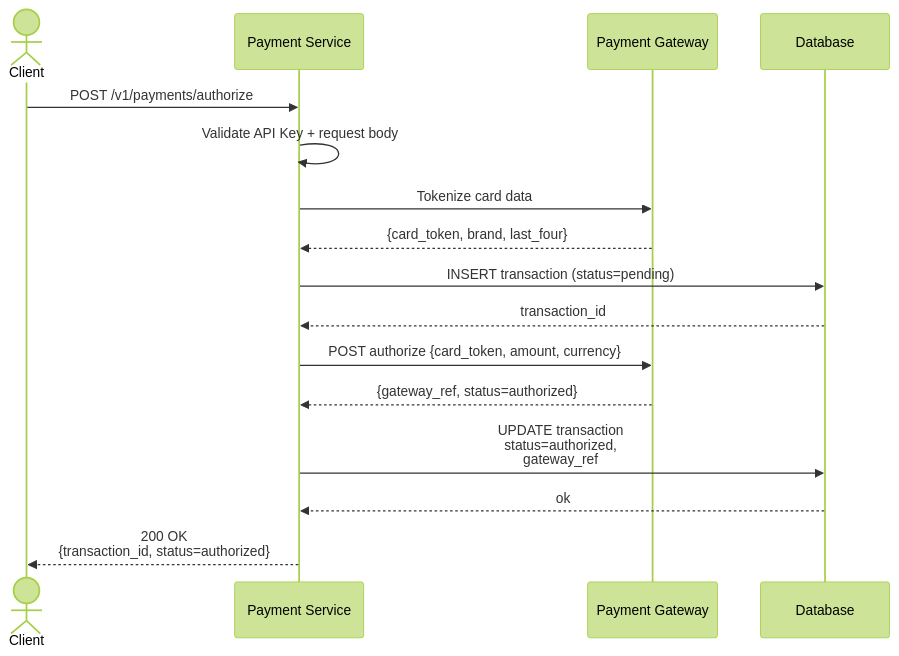
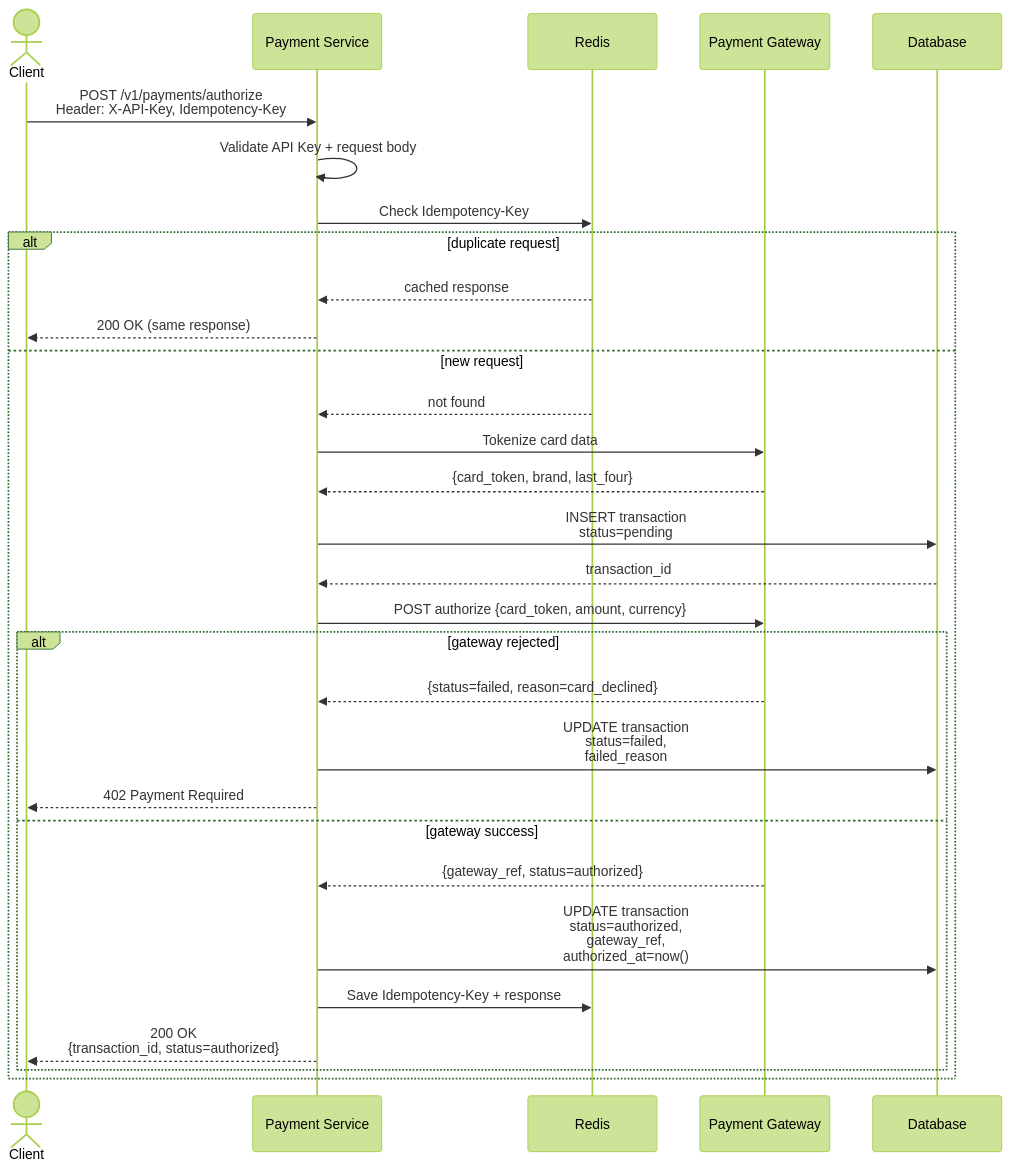
Before and after one commit to Noppawat3939/card-payment-service: the fifth of 7 diagrams in readme.md, drawn with Mermaid (forest theme). The commit also changed other lines of this file and 1 other file, not shown here.

Commit message:
[DOC]: update README flow

````diff
--- a/readme.md
+++ b/readme.md
@@ -448,23 +448,38 @@
 ```mermaid
 sequenceDiagram
     actor C as Client
     participant S as Payment Service
+    participant R as Redis
     participant GW as Payment Gateway
     participant DB as Database
 
-    C->>S: POST /v1/payments/authorize
+    C->>S: POST /v1/payments/authorize<br/>Header: X-API-Key, Idempotency-Key
     S->>S: Validate API Key + request body
-    S->>GW: Tokenize card data
-    GW-->>S: {card_token, brand, last_four}
+    S->>R: Check Idempotency-Key
 
-    S->>DB: INSERT transaction (status=pending)
-    DB-->>S: transaction_id
+    alt duplicate request
+        R-->>S: cached response
+        S-->>C: 200 OK (same response)
+    else new request
+        R-->>S: not found
 
-    S->>GW: POST authorize {card_token, amount, currency}
-    GW-->>S: {gateway_ref, status=authorized}
+        S->>GW: Tokenize card data
+        GW-->>S: {card_token, brand, last_four}
 
-    S->>DB: UPDATE transaction<br/>status=authorized,<br/>gateway_ref
-    DB-->>S: ok
+        S->>DB: INSERT transaction<br/>status=pending
+        DB-->>S: transaction_id
 
-    S-->>C: 200 OK<br/>{transaction_id, status=authorized}
+        S->>GW: POST authorize {card_token, amount, currency}
+
+        alt gateway rejected
+            GW-->>S: {status=failed, reason=card_declined}
+            S->>DB: UPDATE transaction<br/>status=failed,<br/>failed_reason
+            S-->>C: 402 Payment Required
+        else gateway success
+            GW-->>S: {gateway_ref, status=authorized}
+            S->>DB: UPDATE transaction<br/>status=authorized,<br/>gateway_ref,<br/>authorized_at=now()
+            S->>R: Save Idempotency-Key + response
+            S-->>C: 200 OK<br/>{transaction_id, status=authorized}
+        end
+    end
 ```
````
